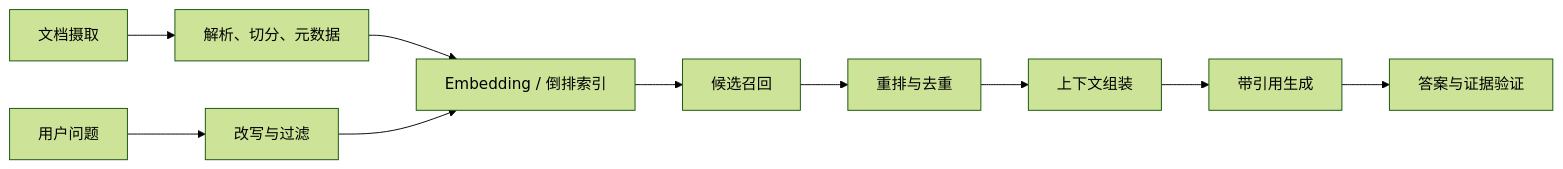
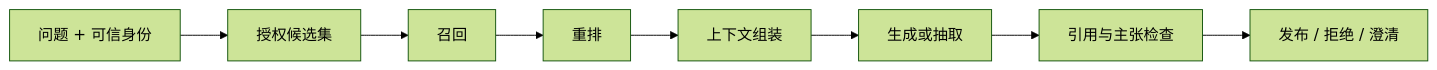
The diagram in docs/applications/rag.md (NightLemon/about-llm), drawn with Mermaid (forest theme) before and after one commit. The commit also changed other lines of this file and 19 other files, not shown here.

````diff
--- a/docs/applications/rag.md
+++ b/docs/applications/rag.md
@@ -22,12 +46,10 @@
 ```mermaid
 flowchart LR
-  A["文档摄取"] --> B["解析、切分、元数据"]
-  B --> C["Embedding / 倒排索引"]
-  Q["用户问题"] --> D["改写与过滤"]
-  D --> C
-  C --> E["候选召回"]
-  E --> F["重排与去重"]
-  F --> G["上下文组装"]
-  G --> H["带引用生成"]
-  H --> I["答案与证据验证"]
+  Q["问题 + 可信身份"] --> A["授权候选集"]
+  A --> R["召回"]
+  R --> K["重排"]
+  K --> P["上下文组装"]
+  P --> G["生成或抽取"]
+  G --> C["引用与主张检查"]
+  C --> O["发布 / 拒绝 / 澄清"]
 ```
````
